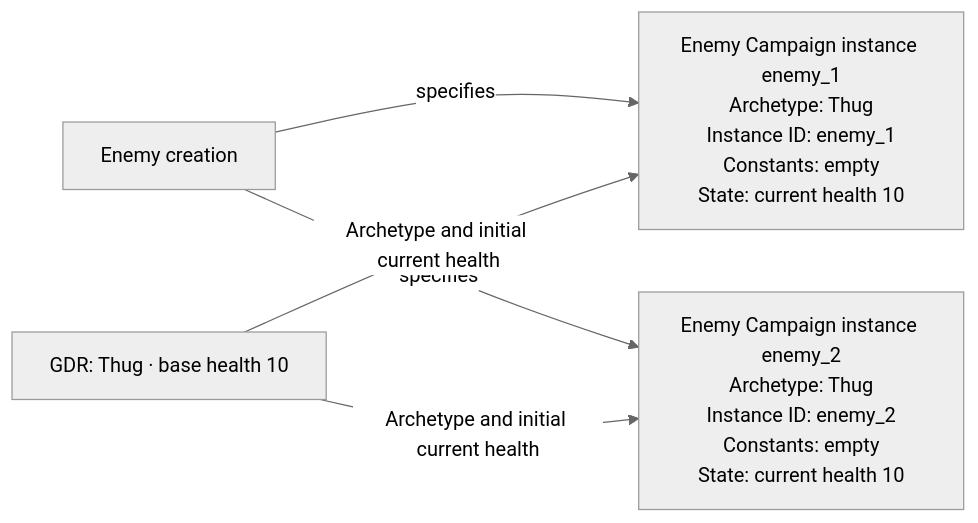
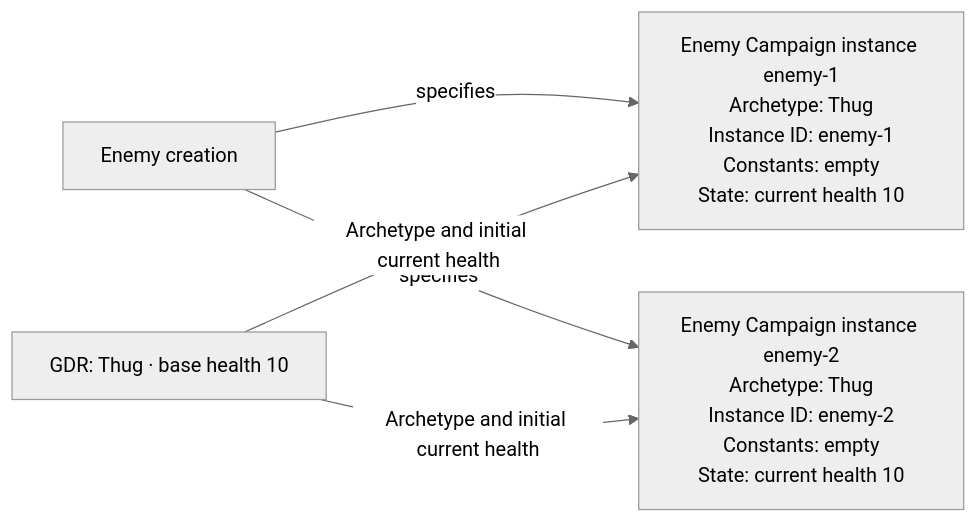
Before and after one commit to konrad-jamrozik/game-v5: the fourth of 7 diagrams in docs/specs/design/foundation/game-data-records.md, drawn with Mermaid (neutral theme). The commit also changed other lines of this file and 4 other files, not shown here.

First line of the commit message:
Number Instance IDs per Campaign instance Type from 1

````diff
--- a/docs/specs/design/foundation/game-data-records.md
+++ b/docs/specs/design/foundation/game-data-records.md
@@ -257,7 +257,7 @@
 ```mermaid
 flowchart LR
     Creation["Enemy creation"] -->|specifies| Enemy1
     Creation -->|specifies| Enemy2
-    Thug["GDR: Thug · base health 10"] -->|Archetype and initial current health| Enemy1["Enemy Campaign instance enemy_1<br/>Archetype: Thug<br/>Instance ID: enemy_1<br/>Constants: empty<br/>State: current health 10"]
-    Thug -->|Archetype and initial current health| Enemy2["Enemy Campaign instance enemy_2<br/>Archetype: Thug<br/>Instance ID: enemy_2<br/>Constants: empty<br/>State: current health 10"]
+    Thug["GDR: Thug · base health 10"] -->|Archetype and initial current health| Enemy1["Enemy Campaign instance enemy-1<br/>Archetype: Thug<br/>Instance ID: enemy-1<br/>Constants: empty<br/>State: current health 10"]
+    Thug -->|Archetype and initial current health| Enemy2["Enemy Campaign instance enemy-2<br/>Archetype: Thug<br/>Instance ID: enemy-2<br/>Constants: empty<br/>State: current health 10"]
 ```
````
